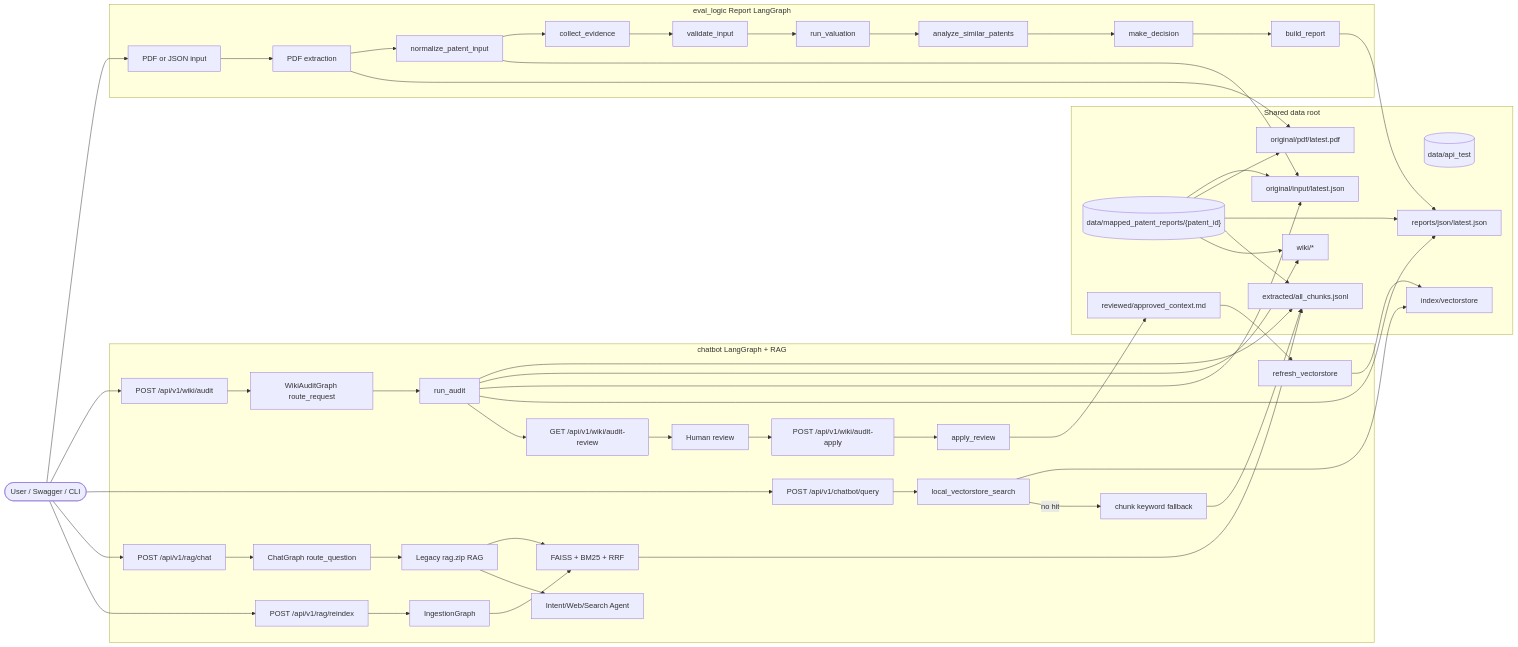
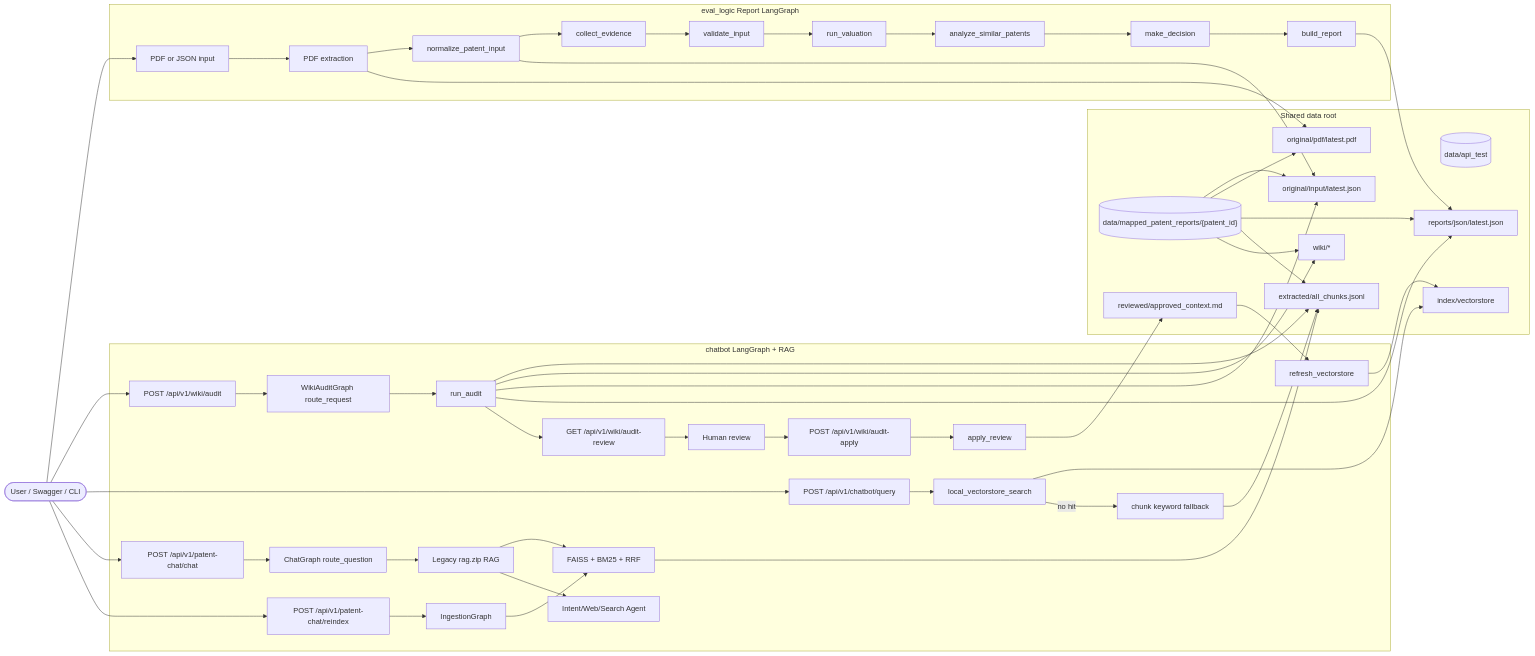
One commit to skipers/skipa-ai-server changed the second of 6 diagrams in README.md. Above: the diagram before and after it, drawn with Mermaid. The commit also changed other lines of this file and 9 other files, not shown here.

Commit message:
feat: expose unified patent chat API

````diff
--- a/README.md
+++ b/README.md
@@ -414,73 +414,73 @@
 ```mermaid
 flowchart LR
   U([User / Swagger / CLI])
 
   subgraph EVAL[eval_logic Report LangGraph]
     E0[PDF or JSON input]
     E1[PDF extraction]
     E2[normalize_patent_input]
     E3[collect_evidence]
     E4[validate_input]
     E5[run_valuation]
     E6[analyze_similar_patents]
     E7[make_decision]
     E8[build_report]
   end
 
   subgraph DATA[Shared data root]
     D0[(data/api_test)]
     D1[("data/mapped_patent_reports/{patent_id}")]
     D2[original/input/latest.json]
     D3[original/pdf/latest.pdf]
     D4[reports/json/latest.json]
     D5[extracted/all_chunks.jsonl]
     D6[wiki/*]
     D7[reviewed/approved_context.md]
     D8[index/vectorstore]
   end
 
   subgraph CHATBOT[chatbot LangGraph + RAG]
     C0[POST /api/v1/wiki/audit]
     C1[WikiAuditGraph route_request]
     C2[run_audit]
     C3[GET /api/v1/wiki/audit-review]
     C4[Human review]
     C5[POST /api/v1/wiki/audit-apply]
     C6[apply_review]
     C7[refresh_vectorstore]
     C8[POST /api/v1/chatbot/query]
     C9[local_vectorstore_search]
     C10[chunk keyword fallback]
-    C11[POST /api/v1/rag/chat]
+    C11[POST /api/v1/patent-chat/chat]
     C12[ChatGraph route_question]
     C13[Legacy rag.zip RAG]
     C14[FAISS + BM25 + RRF]
     C15[Intent/Web/Search Agent]
-    C16[POST /api/v1/rag/reindex]
+    C16[POST /api/v1/patent-chat/reindex]
     C17[IngestionGraph]
   end
 
   U --> E0
   E0 --> E1 --> E2 --> E3 --> E4 --> E5 --> E6 --> E7 --> E8
   E2 --> D2
   E1 --> D3
   E8 --> D4
   D1 --> D2
   D1 --> D3
   D1 --> D4
   D1 --> D5
   D1 --> D6
 
   U --> C0 --> C1 --> C2
   C2 --> D5
   C2 --> D6
   C2 --> D2
   C2 --> D4
   C2 --> C3 --> C4 --> C5 --> C6
   C6 --> D7 --> C7 --> D8
   U --> C8 --> C9 --> D8
   C9 -->|no hit| C10 --> D5
   U --> C11 --> C12 --> C13 --> C14 --> D5
   C13 --> C15
   U --> C16 --> C17 --> C14
 ```
````
